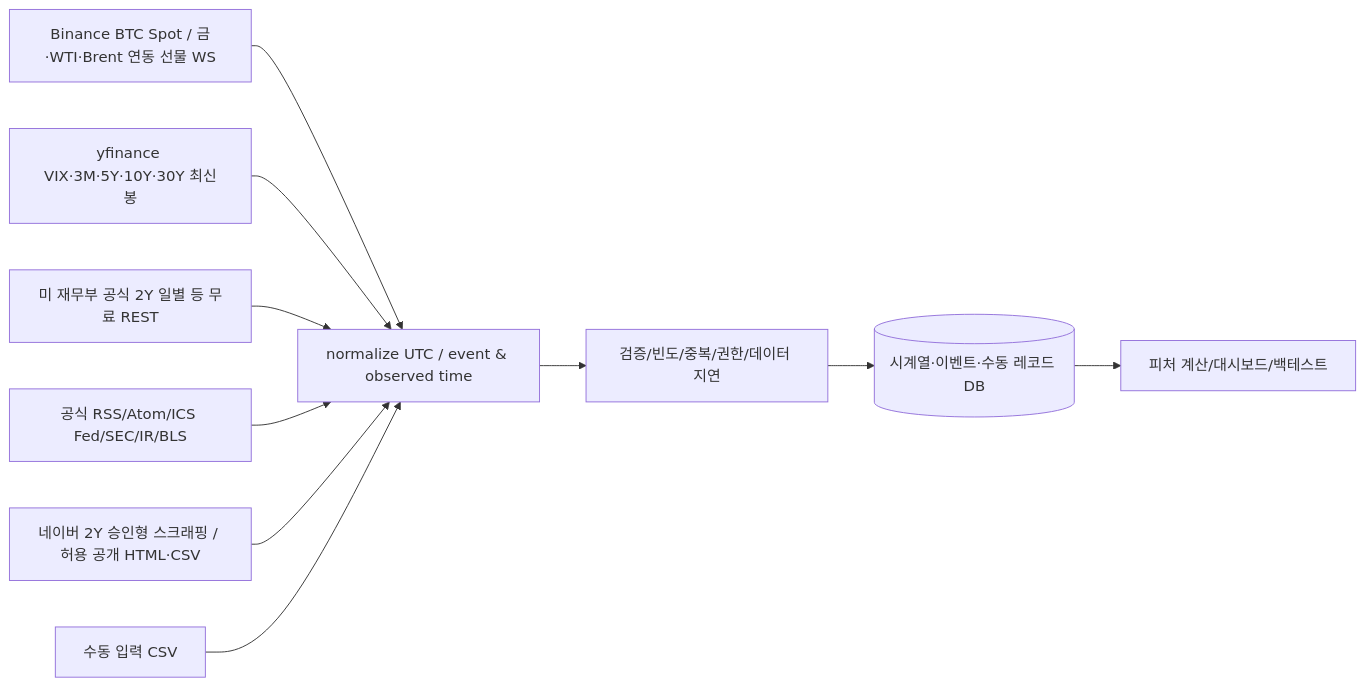
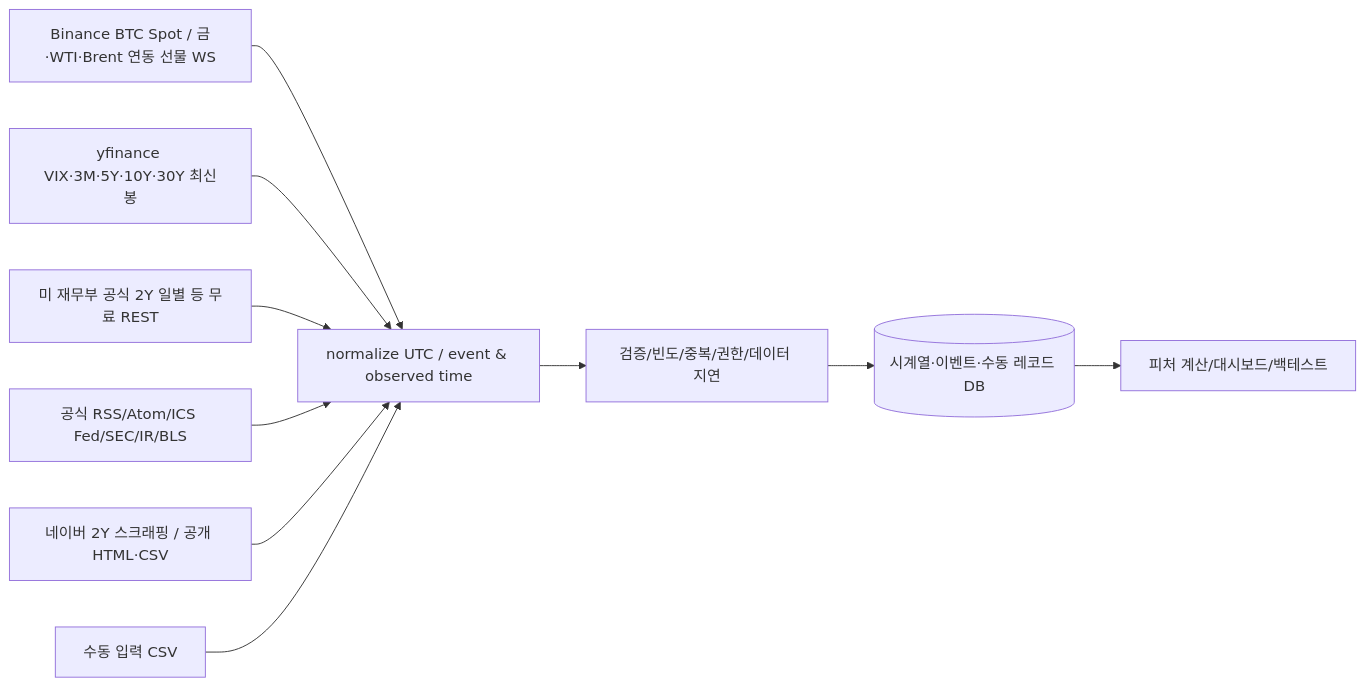
The diagram in docs/indicator-collection/Collector_Design.md (ELSAPHABA/Auto-Axe), drawn with Mermaid before and after one commit. The commit also changed other lines of this file, not shown here.

````diff
--- a/docs/indicator-collection/Collector_Design.md
+++ b/docs/indicator-collection/Collector_Design.md
@@ -27,12 +27,12 @@
 ```mermaid
 flowchart LR
   A[Binance BTC Spot / 금·WTI·Brent 연동 선물 WS] --> N
   X[yfinance VIX·3M·5Y·10Y·30Y 최신봉] --> N[normalize UTC / event & observed time]
   B[미 재무부 공식 2Y 일별 등 무료 REST] --> N
   C[공식 RSS/Atom/ICS Fed/SEC/IR/BLS] --> N
-  D[네이버 2Y 승인형 스크래핑 / 허용 공개 HTML·CSV] --> N
+  D[네이버 2Y 스크래핑 / 공개 HTML·CSV] --> N
   E[수동 입력 CSV] --> N
   N --> Q[검증/빈도/중복/권한/데이터 지연]
   Q --> DB[(시계열·이벤트·수동 레코드 DB)]
   DB --> P[피처 계산/대시보드/백테스트]
 ```
````
